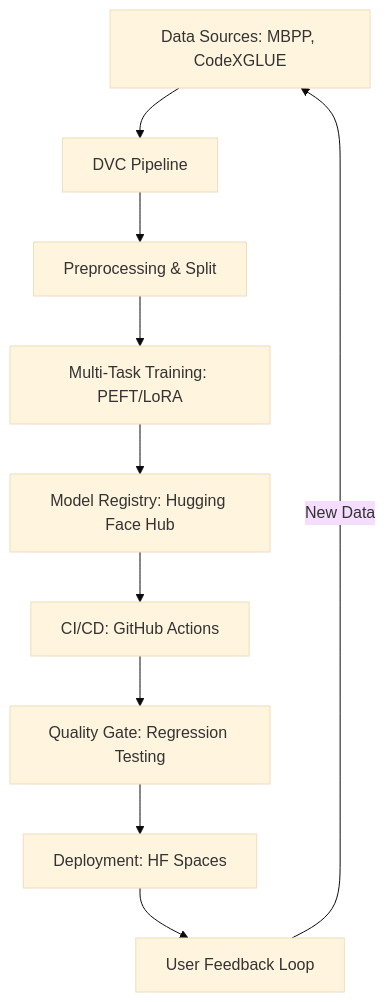
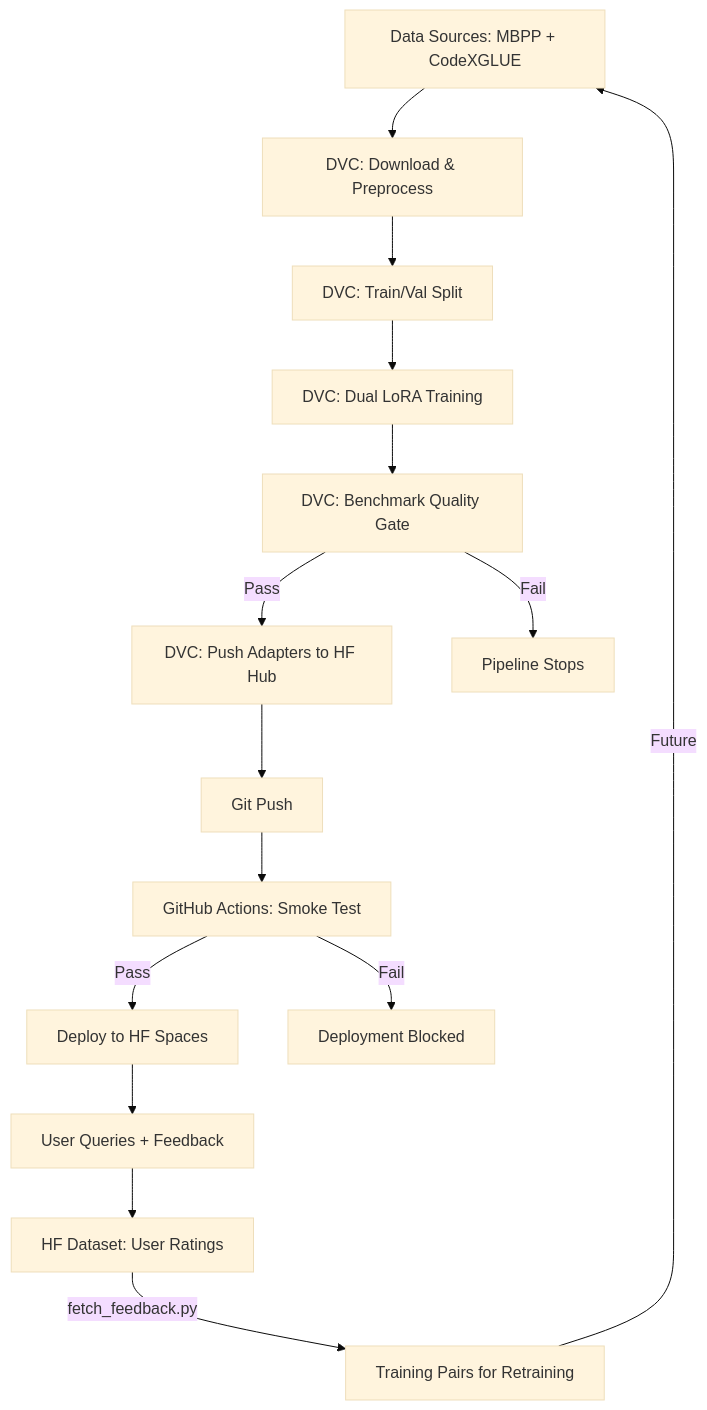
One commit to aniketpoojari/Fine-Tuning-LLM changed the diagram in SYSTEM_DESIGN.md. Above: the diagram before and after it, drawn with Mermaid (base theme). The commit also changed other lines of this file and 3 other files, not shown here.

````diff
--- a/SYSTEM_DESIGN.md
+++ b/SYSTEM_DESIGN.md
@@ -7,12 +5,17 @@
 ```mermaid
 graph TD
-    A[Data Sources: MBPP, CodeXGLUE] --> B[DVC Pipeline]
-    B --> C[Preprocessing & Split]
-    C --> D[Multi-Task Training: PEFT/LoRA]
-    D --> E[Model Registry: Hugging Face Hub]
-    E --> F[CI/CD: GitHub Actions]
-    F --> G[Quality Gate: Regression Testing]
-    G --> H[Deployment: HF Spaces]
-    H --> I[User Feedback Loop]
-    I -->|New Data| A
+    A[Data Sources: MBPP + CodeXGLUE] --> B[DVC: Download & Preprocess]
+    B --> C[DVC: Train/Val Split]
+    C --> D[DVC: Dual LoRA Training]
+    D --> E[DVC: Benchmark Quality Gate]
+    E -->|Pass| F[DVC: Push Adapters to HF Hub]
+    E -->|Fail| X[Pipeline Stops]
+    F --> G[Git Push]
+    G --> H[GitHub Actions: Smoke Test]
+    H -->|Pass| I[Deploy to HF Spaces]
+    H -->|Fail| Y[Deployment Blocked]
+    I --> J[User Queries + Feedback]
+    J --> K[HF Dataset: User Ratings]
+    K -->|fetch_feedback.py| L[Training Pairs for Retraining]
+    L -->|Future| A
 ```
````
